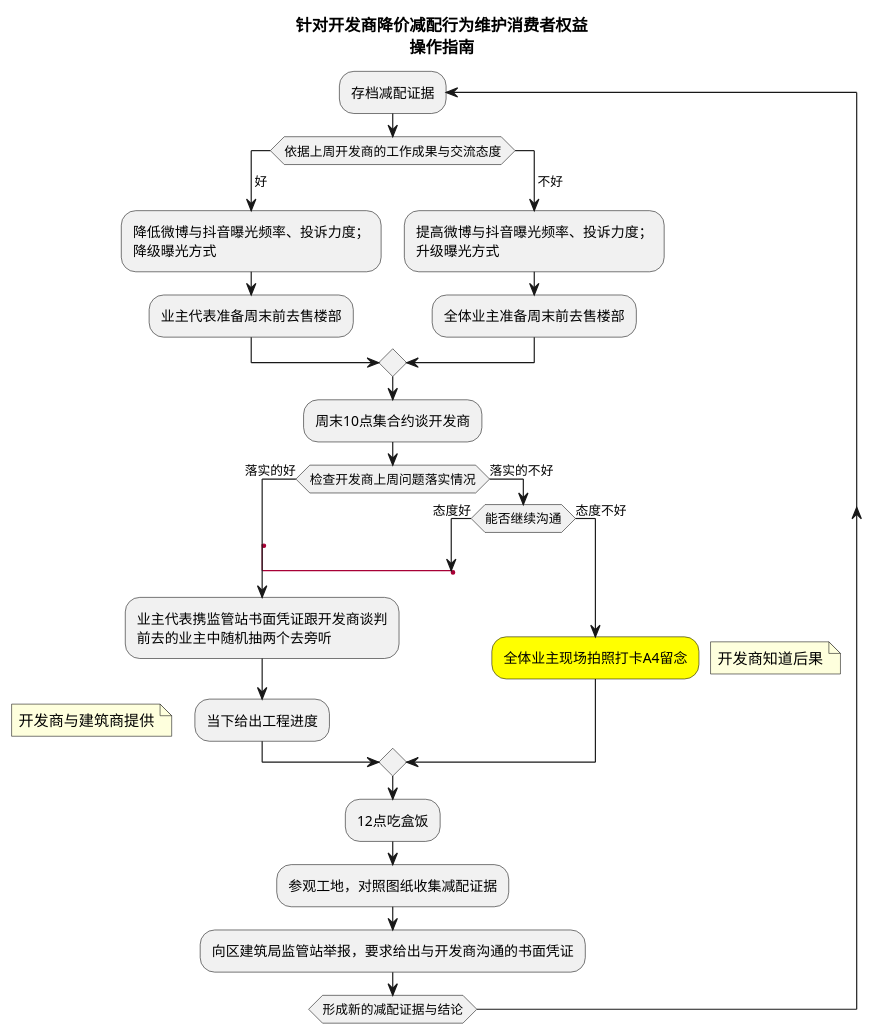
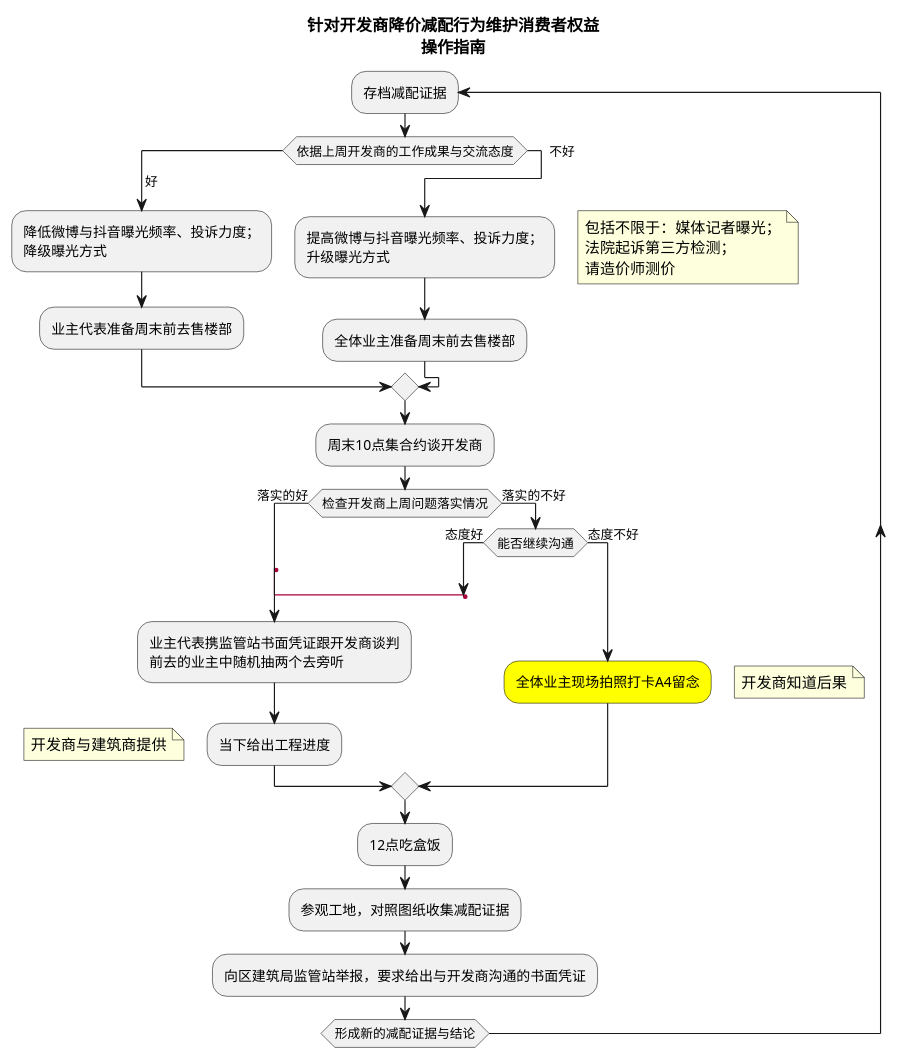
One commit to siliconValleyEvidence/silicon_valley_evidence changed the diagram in routine.puml. Above: the diagram before and after it, drawn with PlantUML. The commit also changed 5 other files, not shown here.

```diff
--- a/routine.puml
+++ b/routine.puml
@@ -1,38 +1,39 @@
 @startuml
 title 针对开发商降价减配行为维护消费者权益\n操作指南
 repeat :存档减配证据
 switch (依据上周开发商的工作成果与交流态度)
 case ( 好 )
   :降低微博与抖音曝光频率、投诉力度；\n降级曝光方式;
   :业主代表准备周末前去售楼部;
 case ( 不好 )
   :提高微博与抖音曝光频率、投诉力度；\n升级曝光方式;
+  floating note right: 包括不限于：媒体记者曝光；\n法院起诉第三方检测；\n请造价师测价
   :全体业主准备周末前去售楼部;
 endswitch
 :周末10点集合约谈开发商;
   if (检查开发商上周问题落实情况) then (落实的好)
       label sp_lab
       label sp_lab1
       label sp_lab
       :业主代表携监管站书面凭证跟开发商谈判\n前去的业主中随机抽两个去旁听;
       :当下给出工程进度;
       floating note left: 开发商与建筑商提供
   else (落实的不好)
     if (能否继续沟通) then (态度好)
     label sp_lab
     goto sp_lab1
 '    :继续协商;
 '    :当下给出工程进度;
     else (态度不好)
     label sp_lab3
     label sp_lab4
     label sp_lab5
     #YELLOW :全体业主现场拍照打卡A4留念;
     floating note right: 开发商知道后果
     endif
   endif
     :12点吃盒饭;
     :参观工地，对照图纸收集减配证据;
     :向区建筑局监管站举报，要求给出与开发商沟通的书面凭证;
 repeat while (形成新的减配证据与结论)
 @enduml
```
